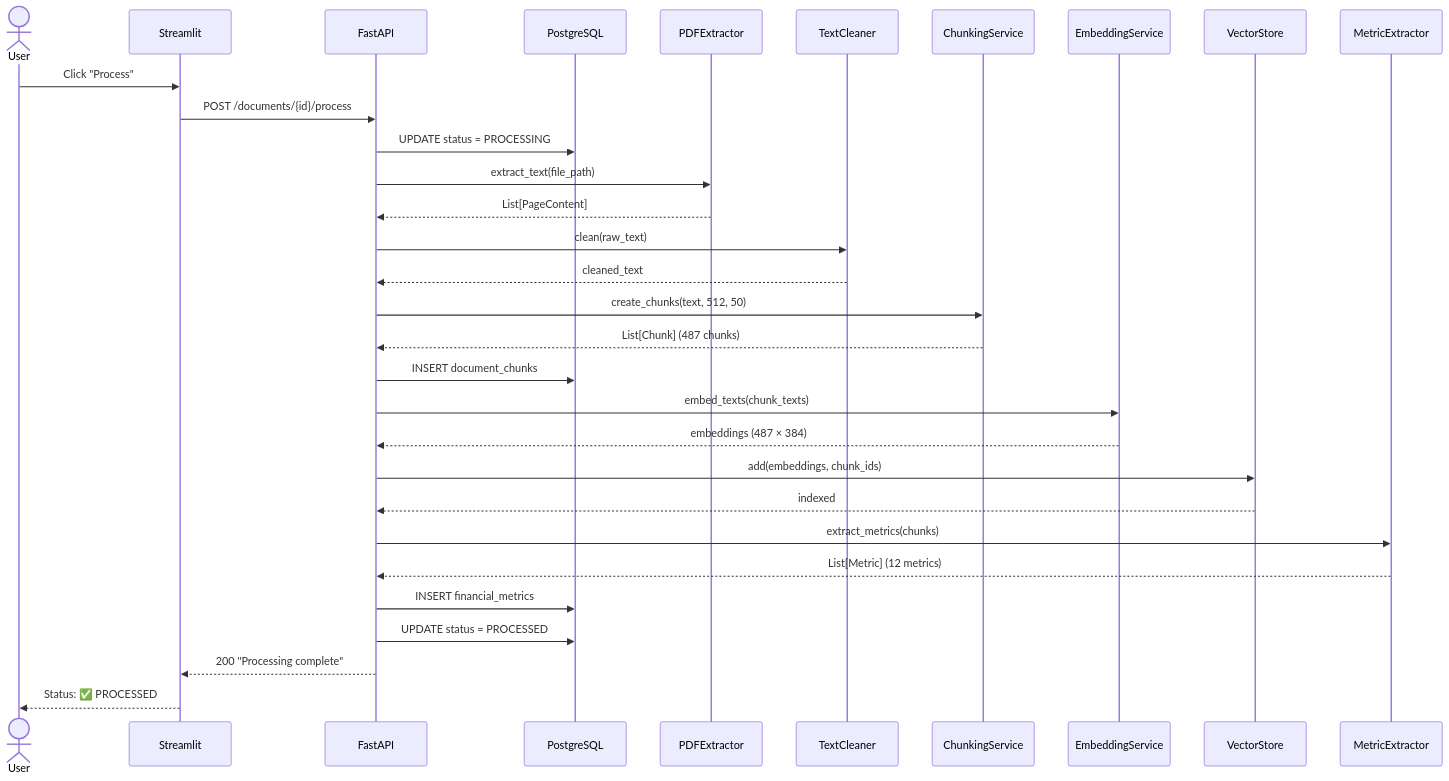
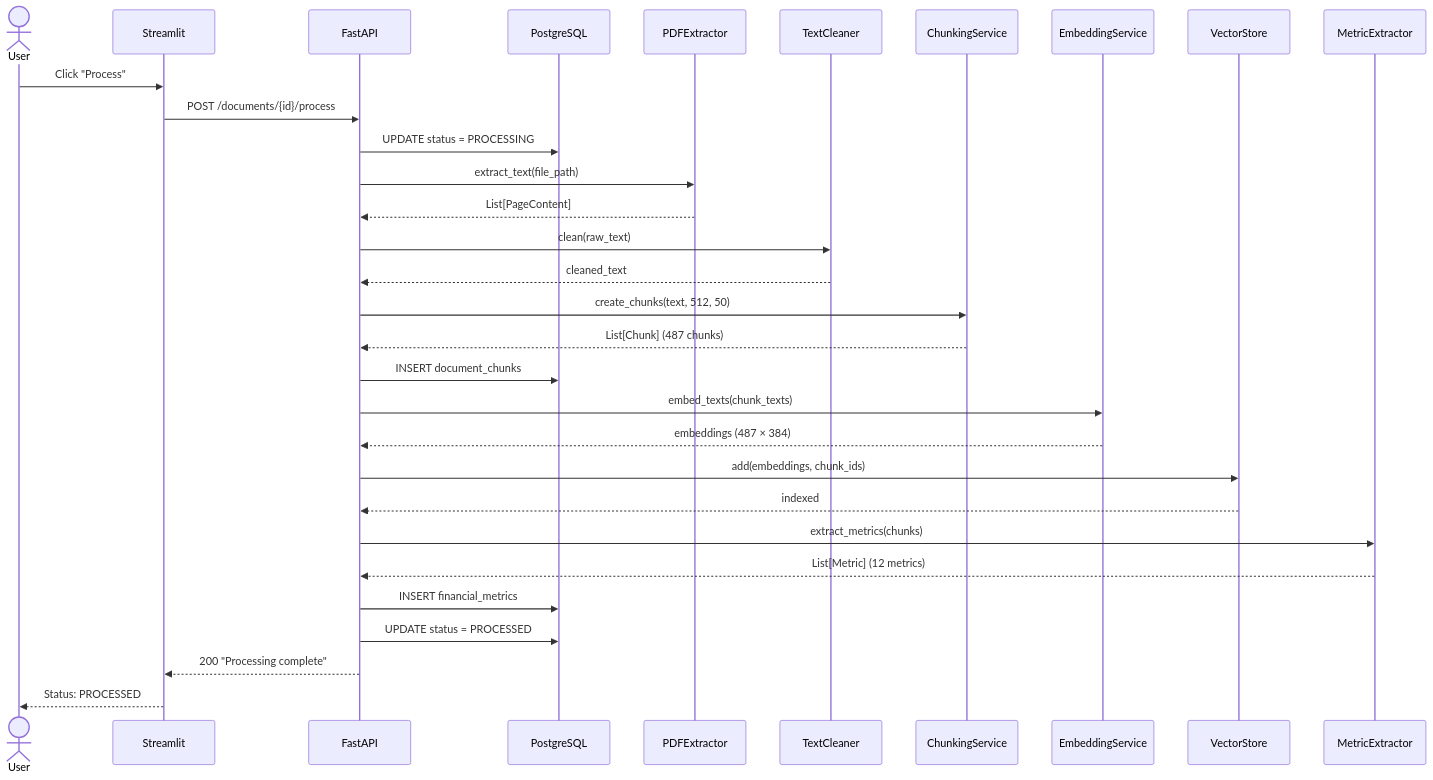
One commit to Samar-365/Financial-Document-Intelligence-RAG-Analytics-Platform changed the second of 6 diagrams in docs/SEQUENCE_DIAGRAMS.md. Above: the diagram before and after it, drawn with Mermaid. The commit also changed 19 other files, not shown here.

````diff
--- a/docs/SEQUENCE_DIAGRAMS.md
+++ b/docs/SEQUENCE_DIAGRAMS.md
@@ -42,43 +42,43 @@
 ```mermaid
 sequenceDiagram
     actor User
     participant UI as Streamlit
     participant API as FastAPI
     participant DB as PostgreSQL
     participant PDF as PDFExtractor
     participant Clean as TextCleaner
     participant Chunk as ChunkingService
     participant Emb as EmbeddingService
     participant Vec as VectorStore
     participant Metric as MetricExtractor
 
     User->>UI: Click "Process"
     UI->>API: POST /documents/{id}/process
     API->>DB: UPDATE status = PROCESSING
     
     API->>PDF: extract_text(file_path)
     PDF-->>API: List[PageContent]
     
     API->>Clean: clean(raw_text)
     Clean-->>API: cleaned_text
     
     API->>Chunk: create_chunks(text, 512, 50)
     Chunk-->>API: List[Chunk] (487 chunks)
     
     API->>DB: INSERT document_chunks
     
     API->>Emb: embed_texts(chunk_texts)
     Emb-->>API: embeddings (487 × 384)
     
     API->>Vec: add(embeddings, chunk_ids)
     Vec-->>API: indexed
     
     API->>Metric: extract_metrics(chunks)
     Metric-->>API: List[Metric] (12 metrics)
     
     API->>DB: INSERT financial_metrics
     API->>DB: UPDATE status = PROCESSED
     
     API-->>UI: 200 "Processing complete"
-    UI-->>User: Status: ✅ PROCESSED
+    UI-->>User: Status: PROCESSED
 ```
````
